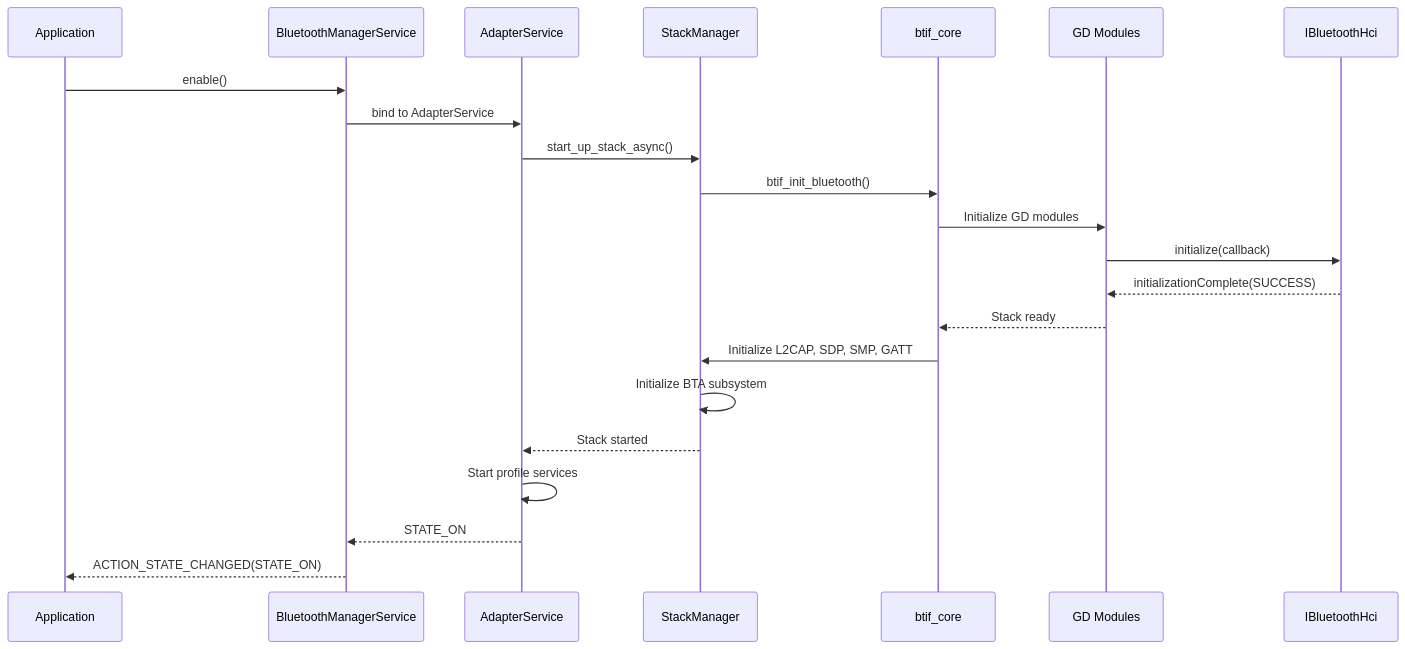
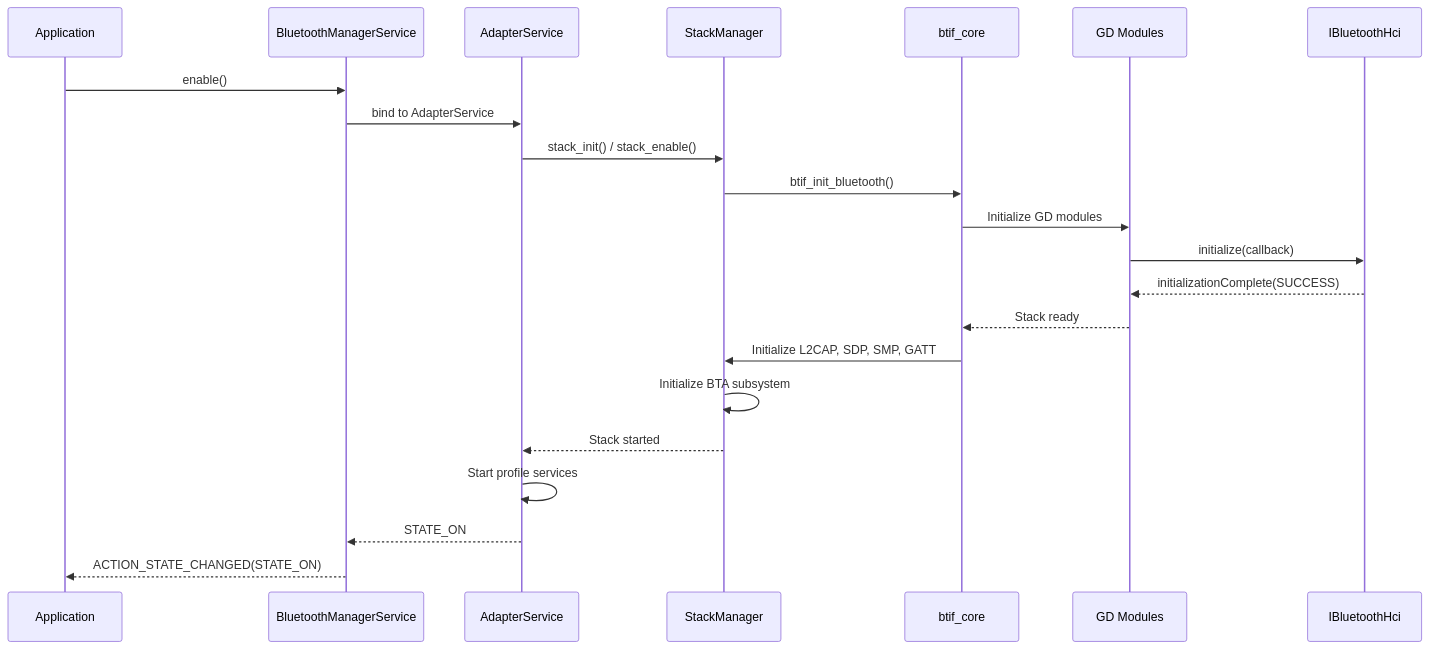
One commit to aospbooks/aosp-internal-book changed the fourth of 25 diagrams in 37-bluetooth.md. Above: the diagram before and after it, drawn with Mermaid. The commit also changed other lines of this file and 218 other files, not shown here.

````diff
--- a/37-bluetooth.md
+++ b/37-bluetooth.md
@@ -675,25 +679,25 @@
 ```mermaid
 sequenceDiagram
     participant App as Application
     participant BMS as BluetoothManagerService
     participant AS as AdapterService
     participant SM as StackManager
     participant BTIF as btif_core
     participant GD as GD Modules
     participant HAL as IBluetoothHci
 
     App->>BMS: enable()
     BMS->>AS: bind to AdapterService
-    AS->>SM: start_up_stack_async()
+    AS->>SM: stack_init() / stack_enable()
     SM->>BTIF: btif_init_bluetooth()
     BTIF->>GD: Initialize GD modules
     GD->>HAL: initialize(callback)
     HAL-->>GD: initializationComplete(SUCCESS)
     GD-->>BTIF: Stack ready
     BTIF->>SM: Initialize L2CAP, SDP, SMP, GATT
     SM->>SM: Initialize BTA subsystem
     SM-->>AS: Stack started
     AS->>AS: Start profile services
     AS-->>BMS: STATE_ON
     BMS-->>App: ACTION_STATE_CHANGED(STATE_ON)
 ```
````
